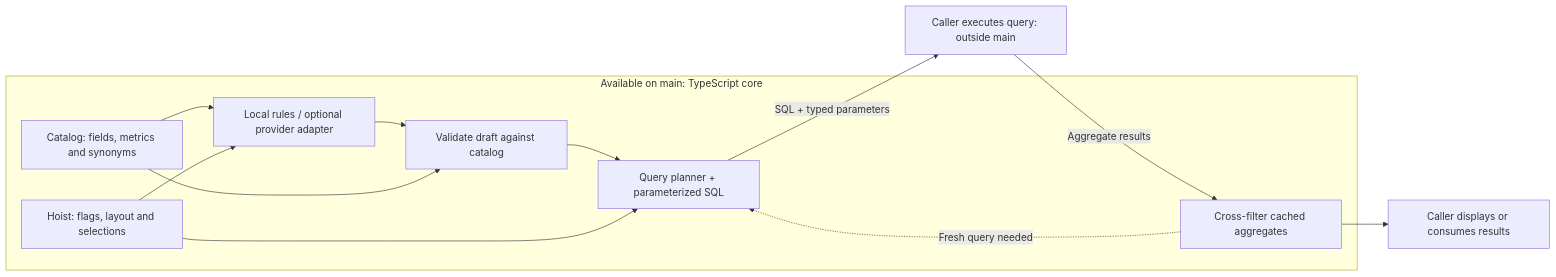
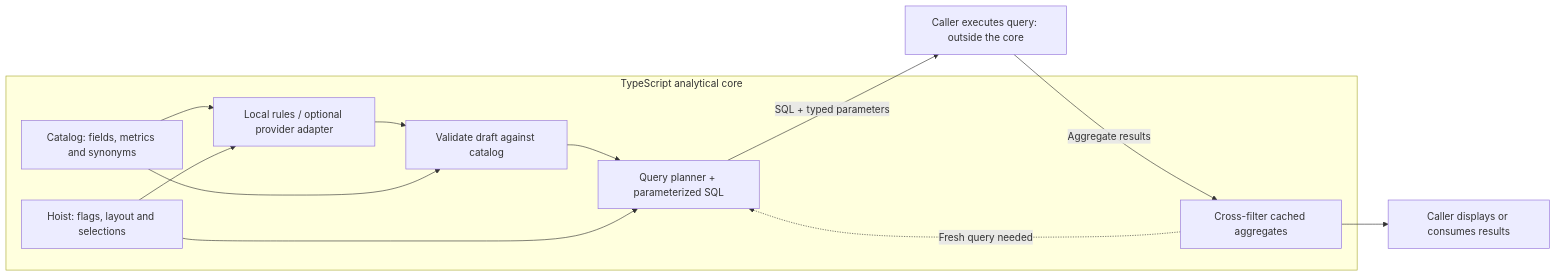
The first of 3 diagrams in docs/ARCHITECTURE-DIAGRAMS.md (fleethacker-data-crucible/Semaphore), drawn with Mermaid before and after one commit. The commit also changed other lines of this file and 12 other files, not shown here.

````diff
--- a/docs/ARCHITECTURE-DIAGRAMS.md
+++ b/docs/ARCHITECTURE-DIAGRAMS.md
@@ -14,23 +14,23 @@
 ```mermaid
 flowchart LR
-  subgraph Core["Available on main: TypeScript core"]
+  subgraph Core["TypeScript analytical core"]
     Catalog["Catalog: fields, metrics and synonyms"]
     Hoist["Hoist: flags, layout and selections"]
     Draft["Local rules / optional provider adapter"]
     Validate["Validate draft against catalog"]
     Plan["Query planner + parameterized SQL"]
     Filter["Cross-filter cached aggregates"]
     Catalog --> Draft
     Hoist --> Draft
     Draft --> Validate
     Catalog --> Validate
     Validate --> Plan
     Hoist --> Plan
   end
-  Caller["Caller executes query: outside main"]
+  Caller["Caller executes query: outside the core"]
   Output["Caller displays or consumes results"]
   Plan -->|"SQL + typed parameters"| Caller
   Caller -->|"Aggregate results"| Filter
   Filter --> Output
   Filter -.->|"Fresh query needed"| Plan
 ```
````
